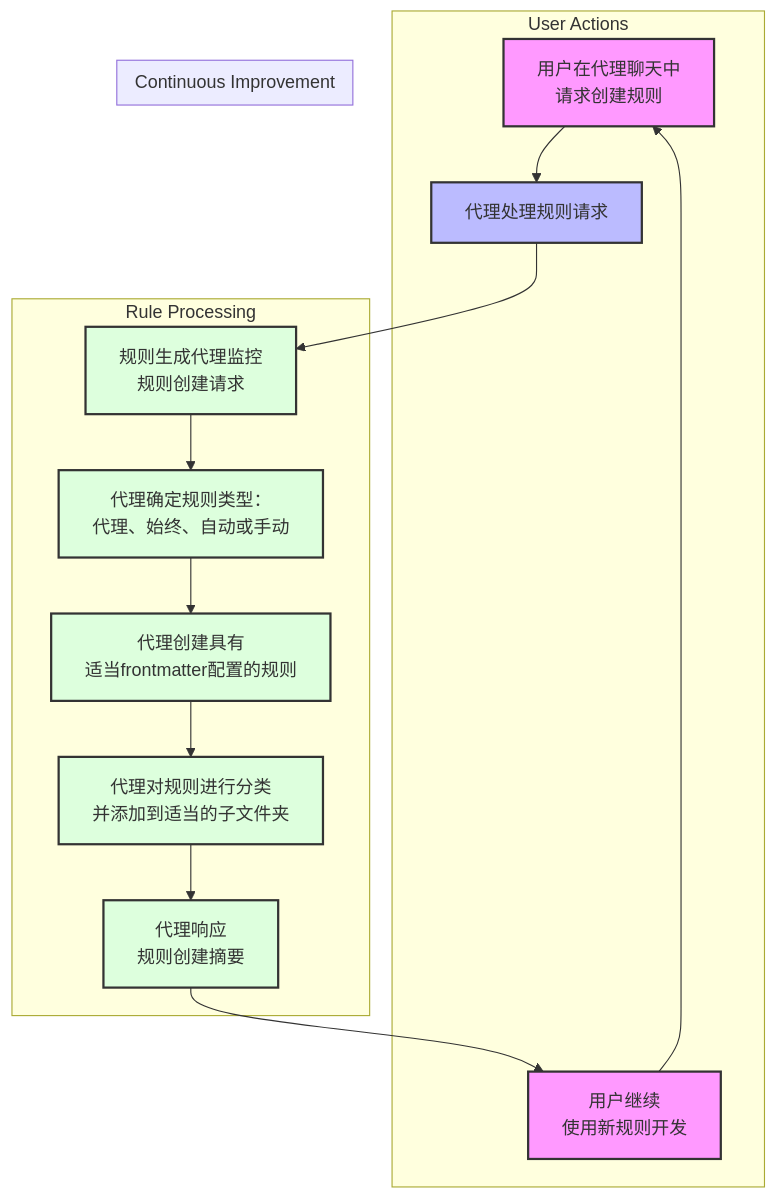
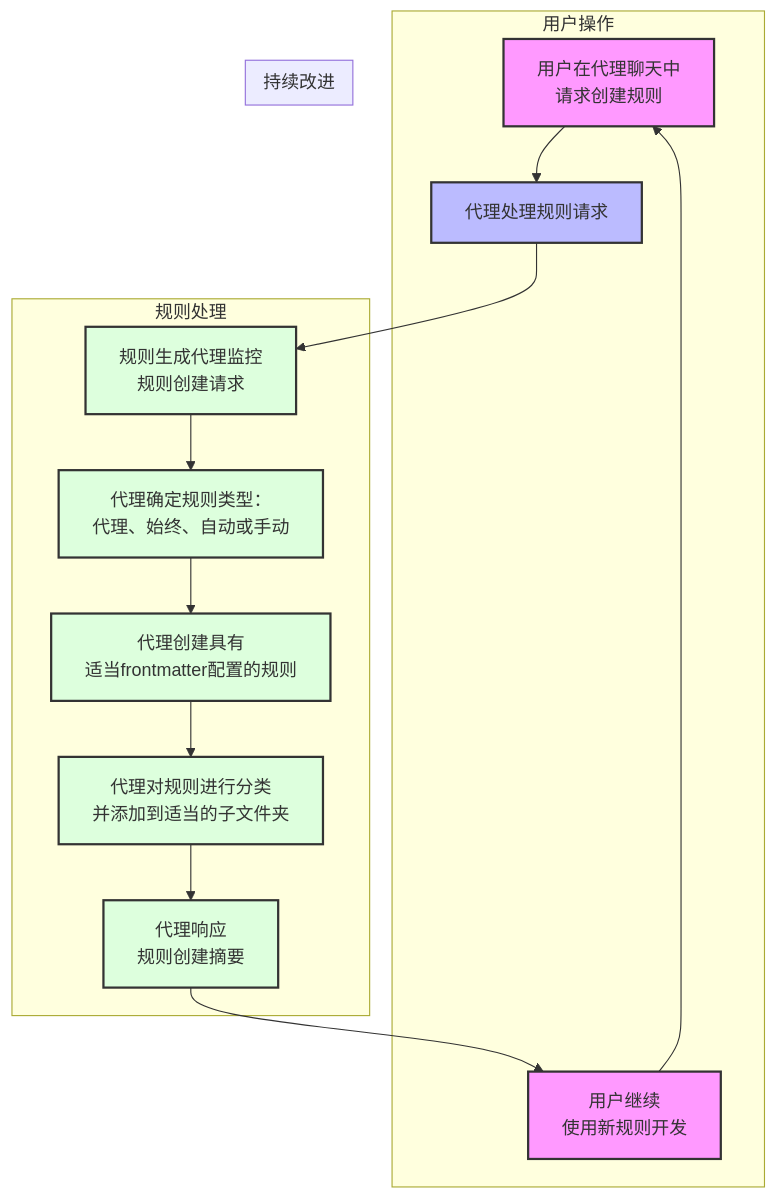
Before and after one commit to kazura233/cursor-custom-agents-rules-generator: the diagram in readme.md, drawn with Mermaid. The commit also changed 1 other file, not shown here.

Commit message:
对graph部分进行翻译

````diff
--- a/readme.md
+++ b/readme.md
@@ -119,28 +119,28 @@
 ```mermaid
 graph TD
-    subgraph User Actions
+    subgraph 用户操作
         A[用户在代理聊天中<br>请求创建规则] --> B[代理处理规则请求]
         H[用户继续<br>使用新规则开发] --> A
     end
 
-    subgraph Rule Processing
+    subgraph 规则处理
         B --> C[规则生成代理监控<br>规则创建请求]
         C --> D[代理确定规则类型：<br>代理、始终、自动或手动]
         D --> E[代理创建具有<br>适当frontmatter配置的规则]
         E --> F[代理对规则进行分类<br>并添加到适当的子文件夹]
         F --> G[代理响应<br>规则创建摘要]
     end
 
-    subgraph Continuous Improvement
+    subgraph 持续改进
         G --> H
     end
 
     style A fill:#f9f,stroke:#333,stroke-width:2px
     style B fill:#bbf,stroke:#333,stroke-width:2px
     style C fill:#dfd,stroke:#333,stroke-width:2px
     style D fill:#dfd,stroke:#333,stroke-width:2px
     style E fill:#dfd,stroke:#333,stroke-width:2px
     style F fill:#dfd,stroke:#333,stroke-width:2px
     style G fill:#dfd,stroke:#333,stroke-width:2px
     style H fill:#f9f,stroke:#333,stroke-width:2px
 ```
````
